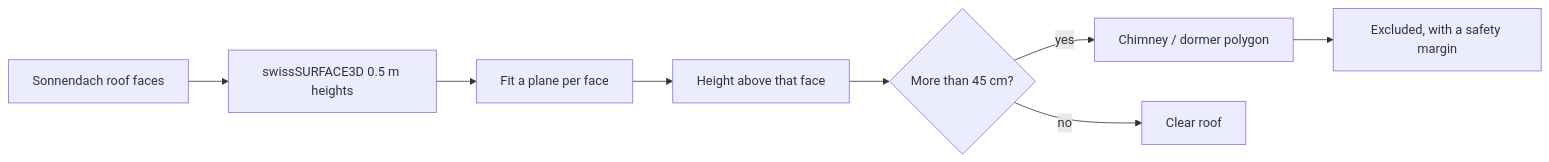
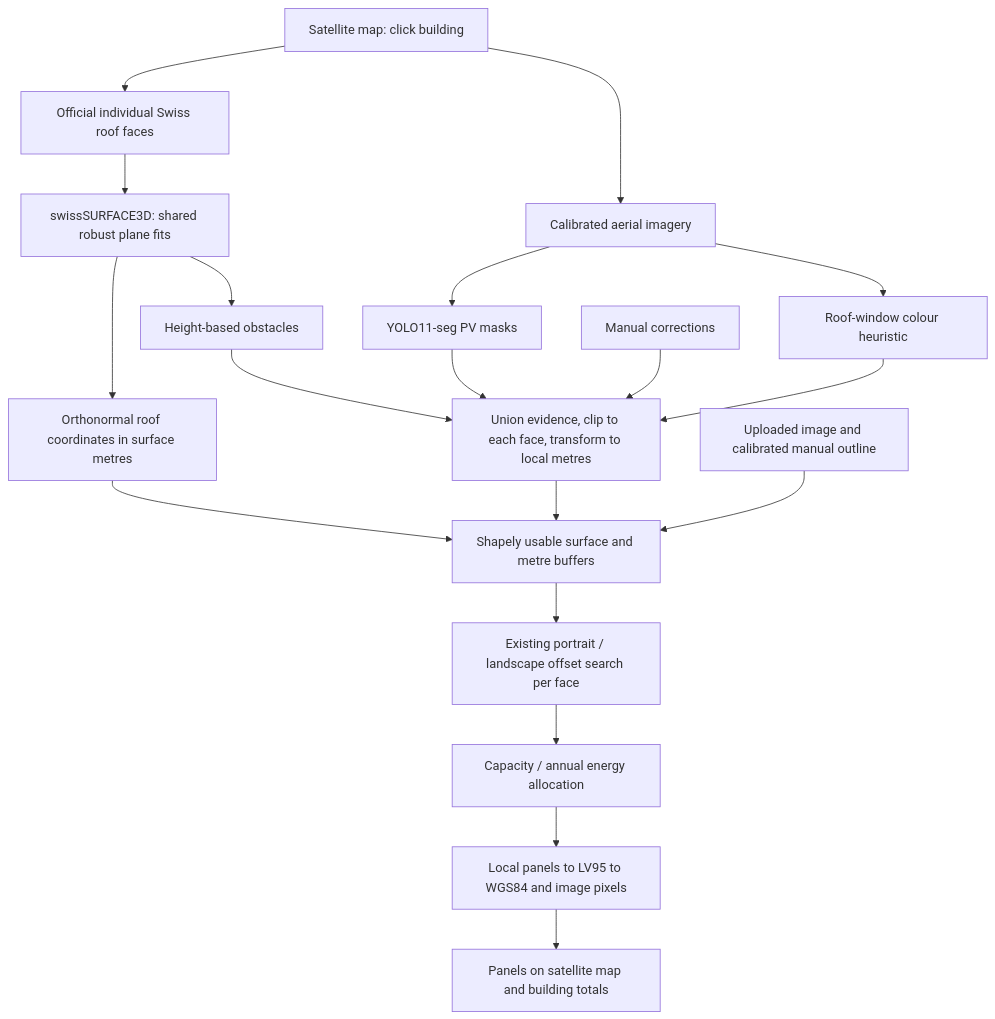
The first of 2 diagrams in README.md (Aboss3b13/AI-for-Accurate-Rooftop-PV-Potential-Energy-Hackathon-), drawn with Mermaid before and after one commit. The commit also changed other lines of this file and 22 other files, not shown here.

Commit message:
Fit and optimise individual roof surfaces with satellite map overlays

````diff
--- a/README.md
+++ b/README.md
@@ -134,10 +135,21 @@
 ```mermaid
-flowchart LR
-    A[Sonnendach roof faces] --> B[swissSURFACE3D 0.5 m heights]
-    B --> C[Fit a plane per face]
-    C --> D[Height above that face]
-    D --> E{More than 45 cm?}
-    E -->|yes| F[Chimney / dormer polygon]
-    E -->|no| G[Clear roof]
-    F --> H[Excluded, with a safety margin]
+flowchart TD
+    A[Satellite map: click building] --> B[Official individual Swiss roof faces]
+    B --> C[swissSURFACE3D: shared robust plane fits]
+    C --> D[Orthonormal roof coordinates in surface metres]
+    A --> E[Calibrated aerial imagery]
+    E --> F[YOLO11-seg PV masks]
+    E --> G[Roof-window colour heuristic]
+    C --> H[Height-based obstacles]
+    F --> I[Union evidence, clip to each face, transform to local metres]
+    G --> I
+    H --> I
+    M[Manual corrections] --> I
+    D --> J[Shapely usable surface and metre buffers]
+    I --> J
+    J --> K[Existing portrait / landscape offset search per face]
+    K --> L[Capacity / annual energy allocation]
+    L --> N[Local panels to LV95 to WGS84 and image pixels]
+    N --> O[Panels on satellite map and building totals]
+    U[Uploaded image and calibrated manual outline] --> J
 ```
````
